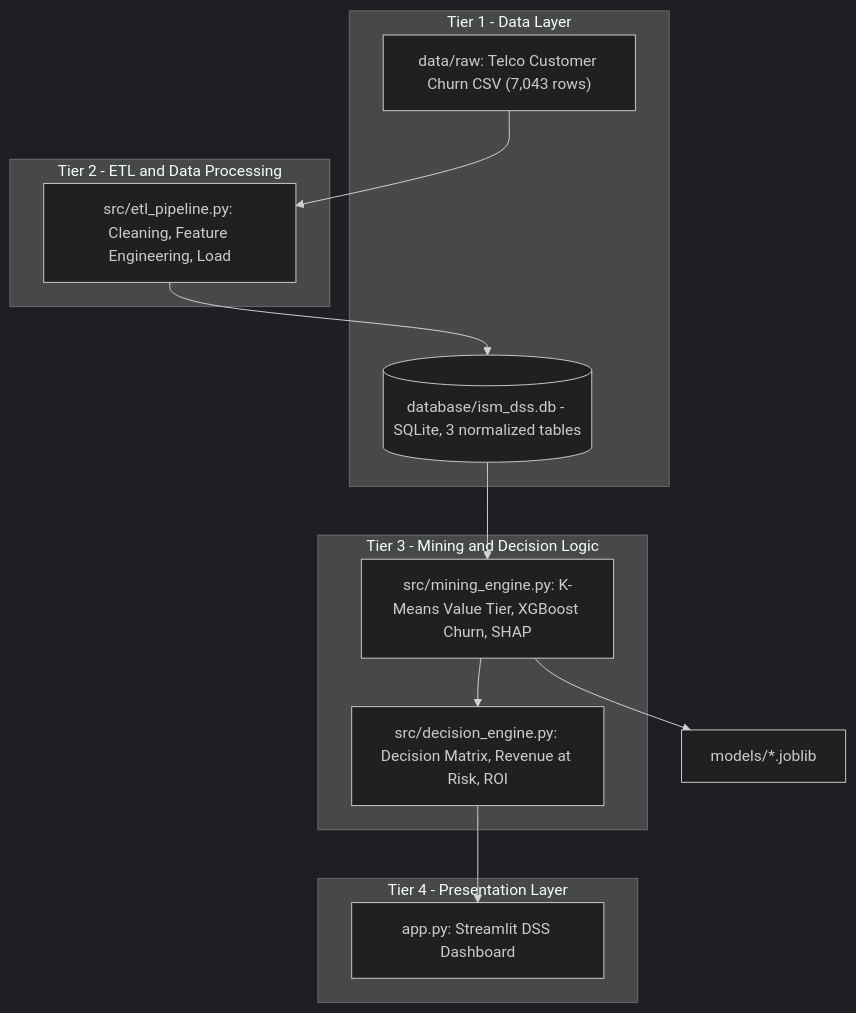
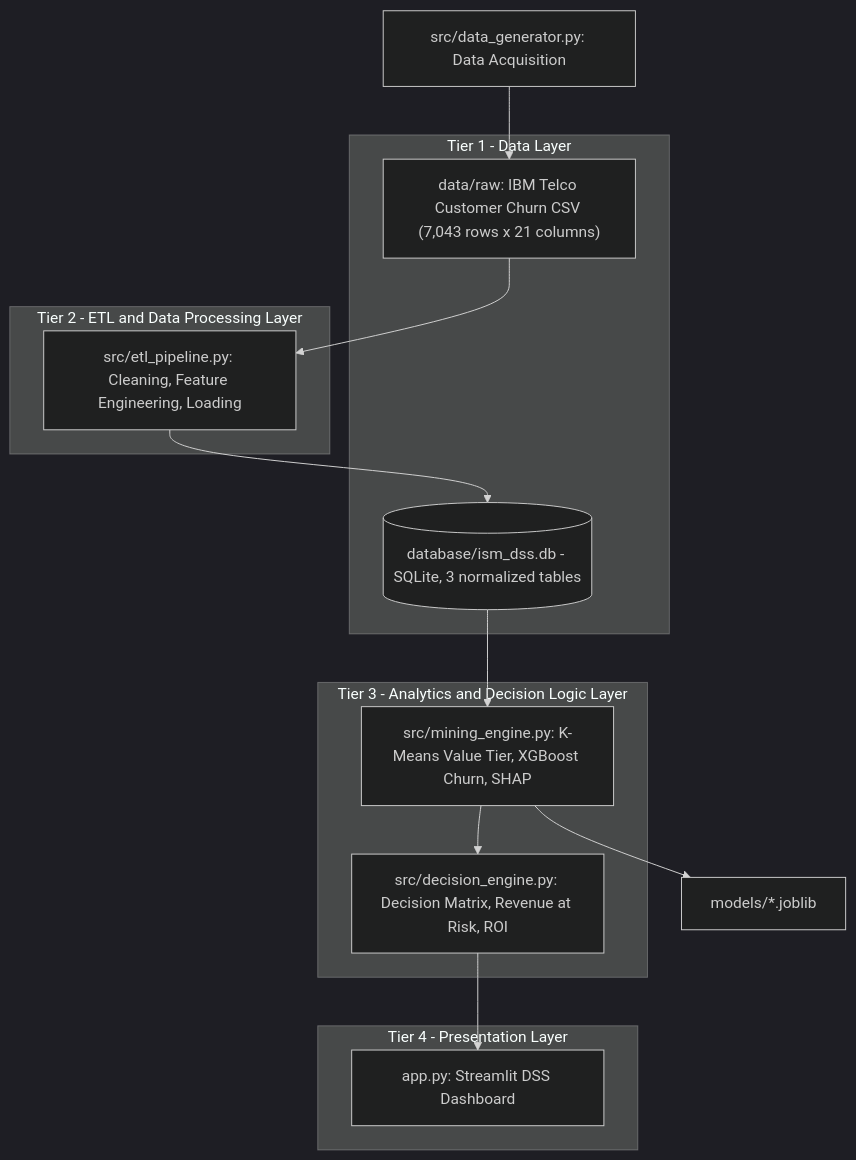
Before and after one commit to Vu-Viet-Phong/ISM-project: the first of 2 diagrams in README.md, drawn with Mermaid (dark theme). The commit also changed other lines of this file and 3 other files, not shown here.

````diff
--- a/README.md
+++ b/README.md
@@ -20,20 +24,21 @@
 ```mermaid
 flowchart TD
     subgraph T1["Tier 1 - Data Layer"]
-        A["data/raw: Telco Customer Churn CSV (7,043 rows)"]
+        A["data/raw: IBM Telco Customer Churn CSV (7,043 rows x 21 columns)"]
         B[("database/ism_dss.db - SQLite, 3 normalized tables")]
     end
-    subgraph T2["Tier 2 - ETL and Data Processing"]
-        C["src/etl_pipeline.py: Cleaning, Feature Engineering, Load"]
+    subgraph T2["Tier 2 - ETL and Data Processing Layer"]
+        C["src/etl_pipeline.py: Cleaning, Feature Engineering, Loading"]
     end
-    subgraph T3["Tier 3 - Mining and Decision Logic"]
+    subgraph T3["Tier 3 - Analytics and Decision Logic Layer"]
         D["src/mining_engine.py: K-Means Value Tier, XGBoost Churn, SHAP"]
         E["src/decision_engine.py: Decision Matrix, Revenue at Risk, ROI"]
     end
     subgraph T4["Tier 4 - Presentation Layer"]
         F["app.py: Streamlit DSS Dashboard"]
     end
+    G["src/data_generator.py: Data Acquisition"] --> A
     A --> C --> B
     B --> D --> E --> F
     D --> M["models/*.joblib"]
 ```
````
